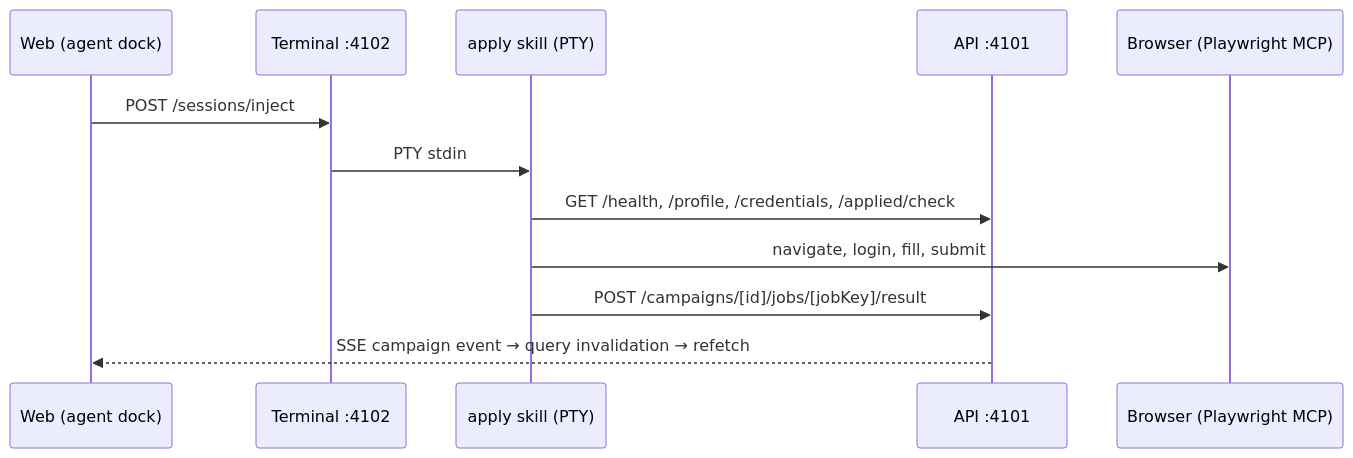
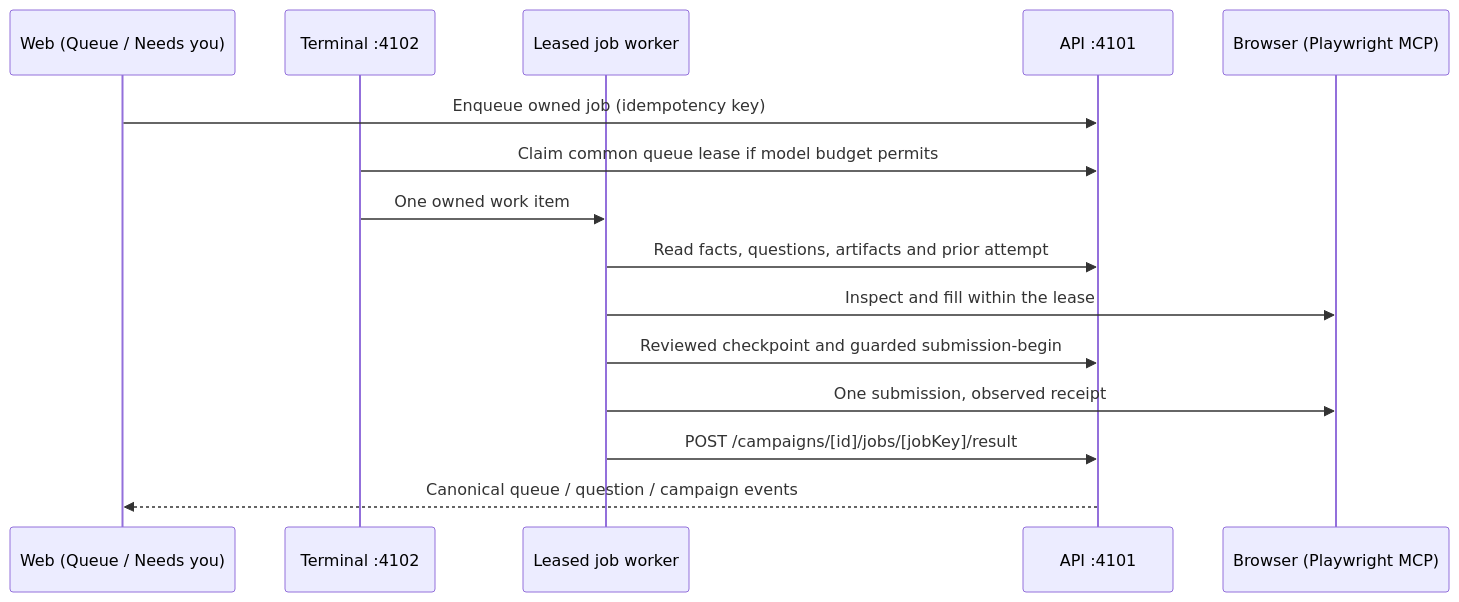
One commit to Jarvuslin/OpenApply changed the second of 2 diagrams in docs/development.md. Above: the diagram before and after it, drawn with Mermaid. The commit also changed other lines of this file and 1567 other files, not shown here.

First line of the commit message:
feat: Snapshot apply pipeline, pilots and job board sources

````diff
--- a/docs/development.md
+++ b/docs/development.md
@@ -170,15 +315,18 @@
 ```mermaid
 sequenceDiagram
-    participant W as Web (agent dock)
+    participant W as Web (Queue / Needs you)
     participant T as Terminal :4102
-    participant S as apply skill (PTY)
+    participant S as Leased job worker
     participant API as API :4101
     participant B as Browser (Playwright MCP)
 
-    W->>T: POST /sessions/inject
-    T->>S: PTY stdin
-    S->>API: GET /health, /profile, /credentials, /applied/check
-    S->>B: navigate, login, fill, submit
+    W->>API: Enqueue owned job (idempotency key)
+    T->>API: Claim common queue lease if model budget permits
+    T->>S: One owned work item
+    S->>API: Read facts, questions, artifacts and prior attempt
+    S->>B: Inspect and fill within the lease
+    S->>API: Reviewed checkpoint and guarded submission-begin
+    S->>B: One submission, observed receipt
     S->>API: POST /campaigns/[id]/jobs/[jobKey]/result
-    API-->>W: SSE campaign event → query invalidation → refetch
+    API-->>W: Canonical queue / question / campaign events
 ```
````
